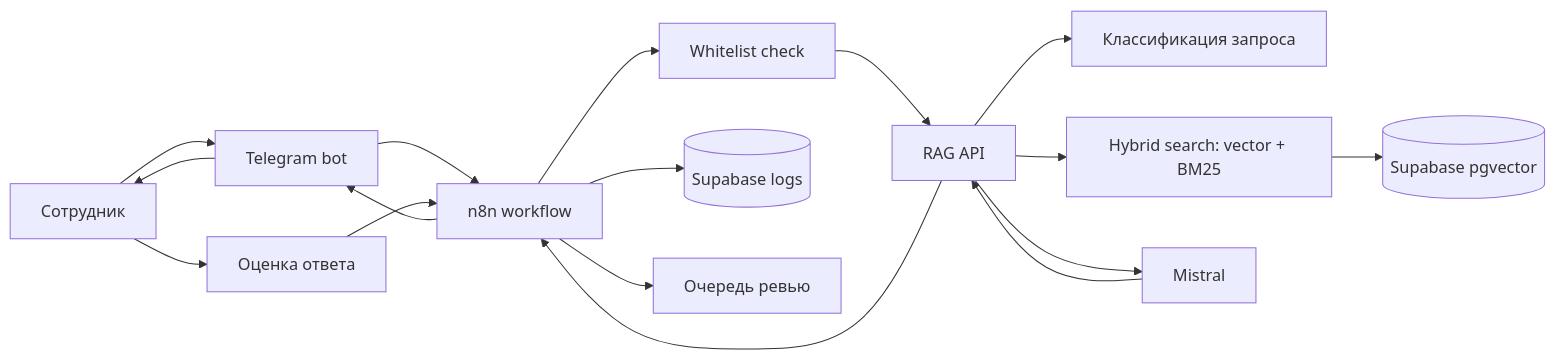
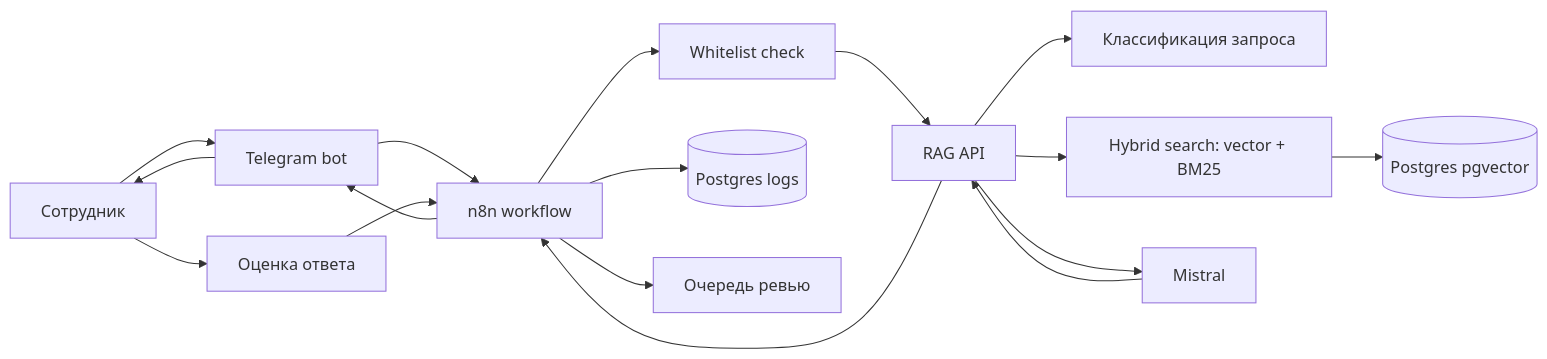
The first of 2 diagrams in README.md (brownjuly2003-code/TestRag), drawn with Mermaid before and after one commit. The commit also changed other lines of this file and 229 other files, not shown here.

````diff
--- a/README.md
+++ b/README.md
@@ -137,19 +154,19 @@
 ```mermaid
 flowchart LR
     User[Сотрудник] --> Tg[Telegram bot]
     Tg --> N8N[n8n workflow]
     N8N --> Auth[Whitelist check]
     Auth --> RagApi[RAG API]
     RagApi --> Classifier[Классификация запроса]
     RagApi --> Retriever[Hybrid search: vector + BM25]
-    Retriever --> Supabase[(Supabase pgvector)]
+    Retriever --> Pg[(Postgres pgvector)]
     RagApi --> LLM[Mistral]
     LLM --> RagApi
     RagApi --> N8N
     N8N --> Tg
     Tg --> User
-    N8N --> Logs[(Supabase logs)]
+    N8N --> Logs[(Postgres logs)]
     User --> Feedback[Оценка ответа]
     Feedback --> N8N
     N8N --> Review[Очередь ревью]
 ```
````
